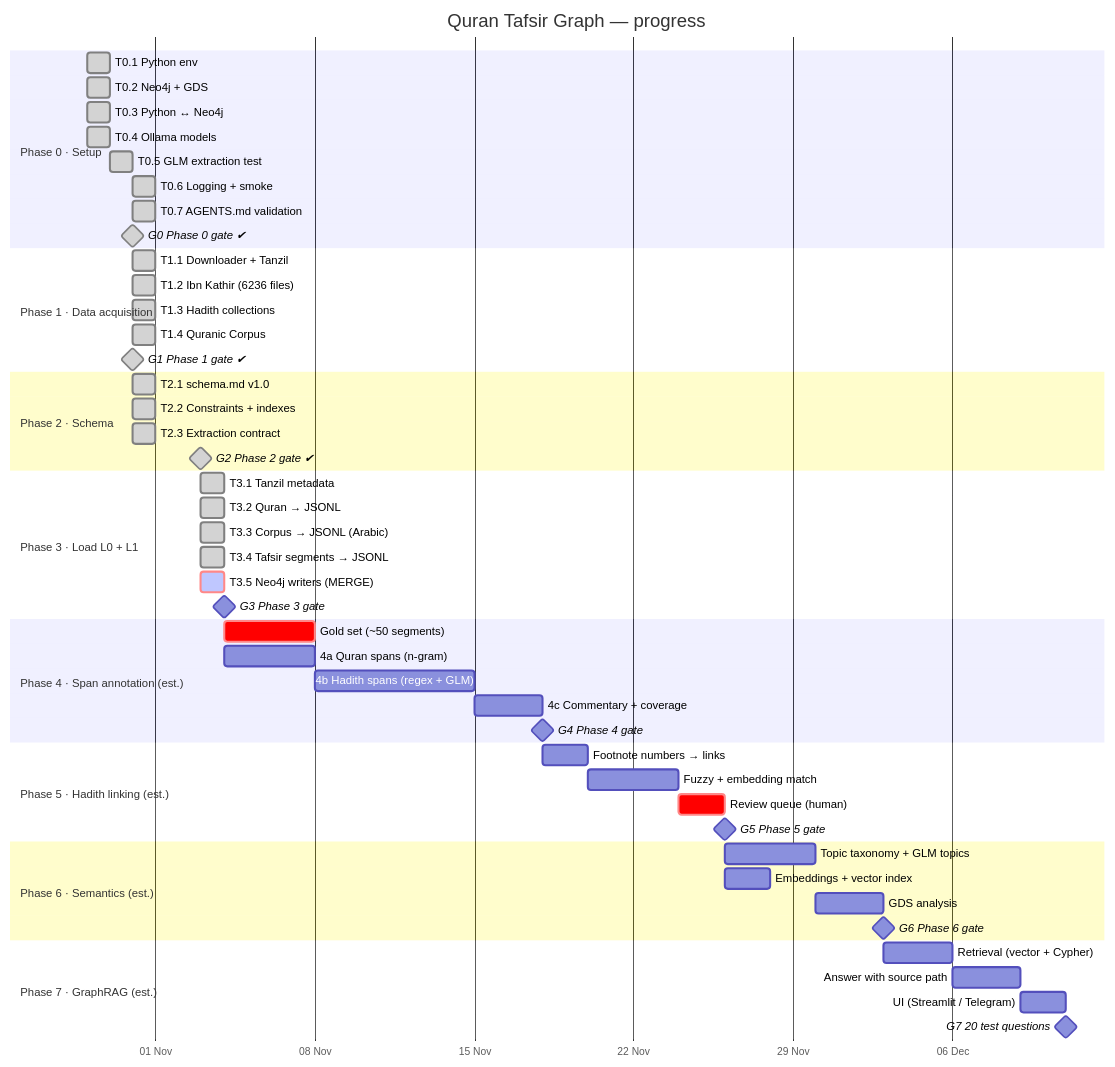
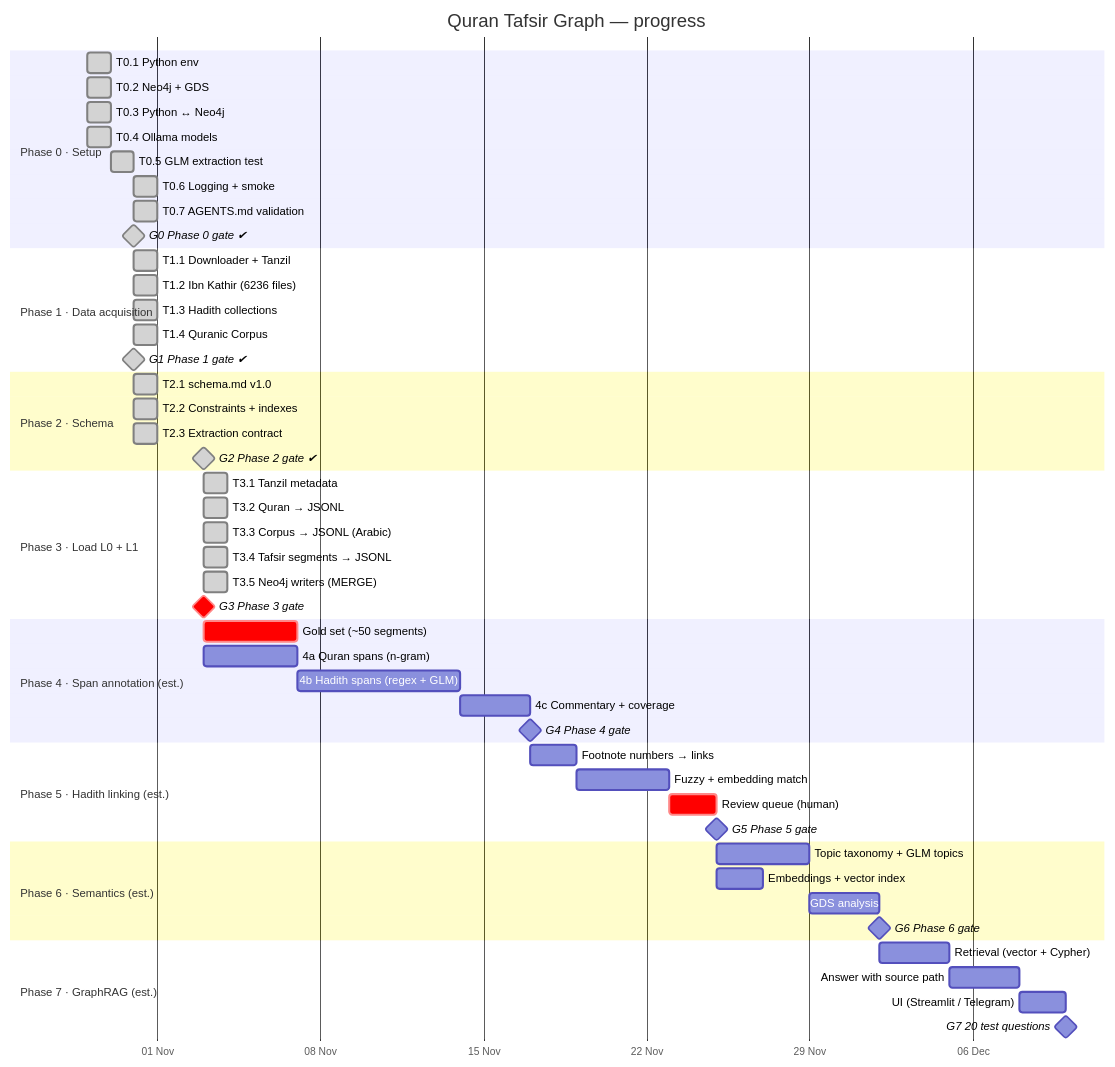
Before and after one commit to mohamed-soubhi/quran-graph: the diagram in docs/GANTT.md, drawn with Mermaid. The commit also changed other lines of this file and 3 other files, not shown here.

First line of the commit message:
G3: Phase 3 gate PASS (two full loads, exact counts), gate script

````diff
--- a/docs/GANTT.md
+++ b/docs/GANTT.md
@@ -9,63 +9,63 @@
 ```mermaid
 gantt
     title Quran Tafsir Graph — progress
     dateFormat YYYY-MM-DD
     axisFormat %d %b
     todayMarker stroke-width:3px,stroke:#d33
 
     section Phase 0 · Setup
     T0.1 Python env                 :done, t01, 2026-10-29, 1d
     T0.2 Neo4j + GDS                :done, t02, 2026-10-29, 1d
     T0.3 Python ↔ Neo4j             :done, t03, 2026-10-29, 1d
     T0.4 Ollama models              :done, t04, 2026-10-29, 1d
     T0.5 GLM extraction test        :done, t05, 2026-10-30, 1d
     T0.6 Logging + smoke            :done, t06, 2026-10-31, 1d
     T0.7 AGENTS.md validation       :done, t07, 2026-10-31, 1d
     G0 Phase 0 gate ✔               :milestone, done, g0, 2026-10-31, 0d
 
     section Phase 1 · Data acquisition
     T1.1 Downloader + Tanzil        :done, t11, 2026-10-31, 1d
     T1.2 Ibn Kathir (6236 files)    :done, t12, 2026-10-31, 1d
     T1.3 Hadith collections         :done, t13, 2026-10-31, 1d
     T1.4 Quranic Corpus            :done, t14, 2026-10-31, 1d
     G1 Phase 1 gate ✔               :milestone, done, g1, 2026-10-31, 0d
 
     section Phase 2 · Schema
     T2.1 schema.md v1.0            :done, t21, 2026-10-31, 1d
     T2.2 Constraints + indexes      :done, t22, 2026-10-31, 1d
     T2.3 Extraction contract        :done, t23, 2026-10-31, 1d
     G2 Phase 2 gate ✔               :milestone, done, g2, 2026-11-03, 0d
 
     section Phase 3 · Load L0 + L1
     T3.1 Tanzil metadata            :done, t31, 2026-11-03, 1d
     T3.2 Quran → JSONL              :done, t32, 2026-11-03, 1d
     T3.3 Corpus → JSONL (Arabic)    :done, t33, 2026-11-03, 1d
     T3.4 Tafsir segments → JSONL    :done, t34, 2026-11-03, 1d
-    T3.5 Neo4j writers (MERGE)      :crit, active, p3b, 2026-11-03, 1d
-    G3 Phase 3 gate                 :milestone, g3, after p3b, 0d
+    T3.5 Neo4j writers (MERGE)      :done, p3b, 2026-11-03, 1d
+    G3 Phase 3 gate                 :crit, milestone, g3, 2026-11-03, 0d
 
     section Phase 4 · Span annotation (est.)
     Gold set (~50 segments)         :crit, p4g, after g3, 4d
     4a Quran spans (n-gram)         :p4a, after g3, 4d
     4b Hadith spans (regex + GLM)   :p4b, after p4a, 7d
     4c Commentary + coverage        :p4c, after p4b, 3d
     G4 Phase 4 gate                 :milestone, g4, after p4c, 0d
 
     section Phase 5 · Hadith linking (est.)
     Footnote numbers → links        :p5a, after g4, 2d
     Fuzzy + embedding match         :p5b, after p5a, 4d
     Review queue (human)            :crit, p5c, after p5b, 2d
     G5 Phase 5 gate                 :milestone, g5, after p5c, 0d
 
     section Phase 6 · Semantics (est.)
     Topic taxonomy + GLM topics     :p6a, after g5, 4d
     Embeddings + vector index       :p6b, after g5, 2d
     GDS analysis                    :p6c, after p6a, 3d
     G6 Phase 6 gate                 :milestone, g6, after p6c, 0d
 
     section Phase 7 · GraphRAG (est.)
     Retrieval (vector + Cypher)     :p7a, after g6, 3d
     Answer with source path         :p7b, after p7a, 3d
     UI (Streamlit / Telegram)       :p7c, after p7b, 2d
     G7 20 test questions            :milestone, g7, after p7c, 0d
 ```
````
